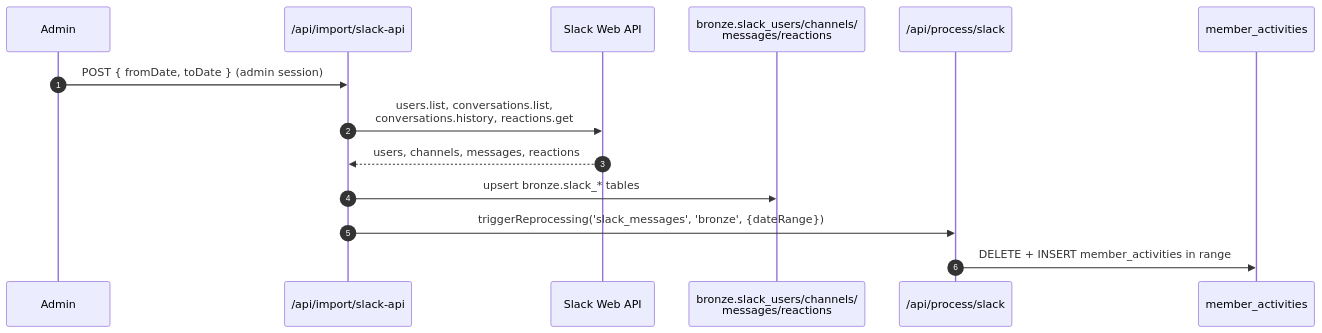
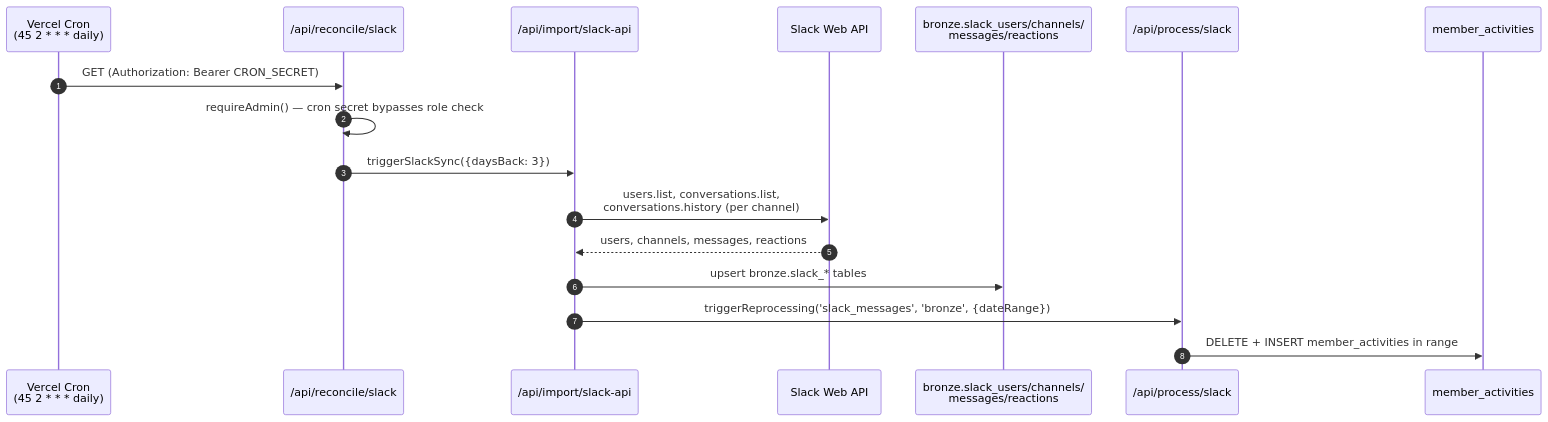
The fourth of 8 diagrams in docs/SEQUENCE_DIAGRAMS.md (quillandcup/hub), drawn with Mermaid before and after one commit. The commit also changed other lines of this file and 1 other file, not shown here.

First line of the commit message:
Document Slack reconciliation cron; track fire-and-forget webhook risk

````diff
--- a/docs/SEQUENCE_DIAGRAMS.md
+++ b/docs/SEQUENCE_DIAGRAMS.md
@@ -118,17 +110,20 @@
 ```mermaid
 sequenceDiagram
     autonumber
-    participant Admin
+    participant Cron as Vercel Cron<br/>(45 2 * * * daily)
+    participant Recon as /api/reconcile/slack
     participant Import as /api/import/slack-api
     participant API as Slack Web API
     participant Bronze as bronze.slack_users/channels/<br/>messages/reactions
     participant Process as /api/process/slack
     participant Silver as member_activities
 
-    Admin->>Import: POST { fromDate, toDate } (admin session)
-    Import->>API: users.list, conversations.list,<br/>conversations.history, reactions.get
+    Cron->>Recon: GET (Authorization: Bearer CRON_SECRET)
+    Recon->>Recon: requireAdmin() — cron secret bypasses role check
+    Recon->>Import: triggerSlackSync({daysBack: 3})
+    Import->>API: users.list, conversations.list,<br/>conversations.history (per channel)
     API-->>Import: users, channels, messages, reactions
     Import->>Bronze: upsert bronze.slack_* tables
     Import->>Process: triggerReprocessing('slack_messages', 'bronze', {dateRange})
     Process->>Silver: DELETE + INSERT member_activities in range
 ```
````
